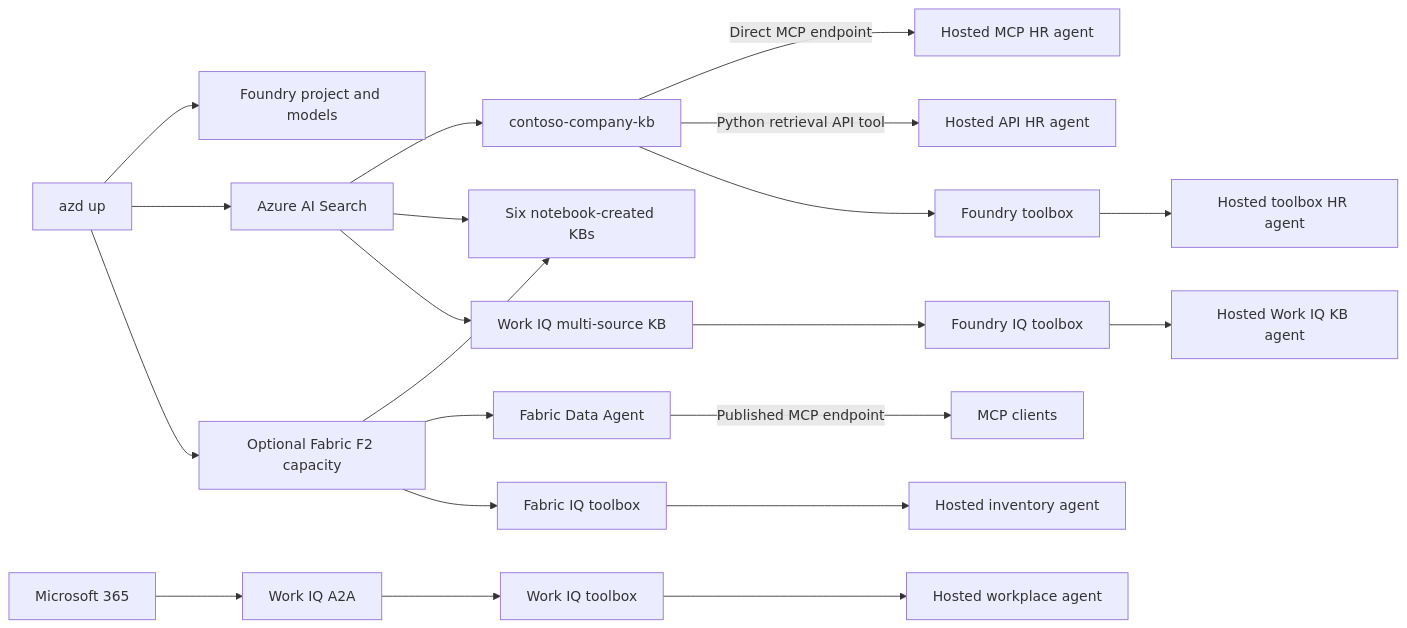
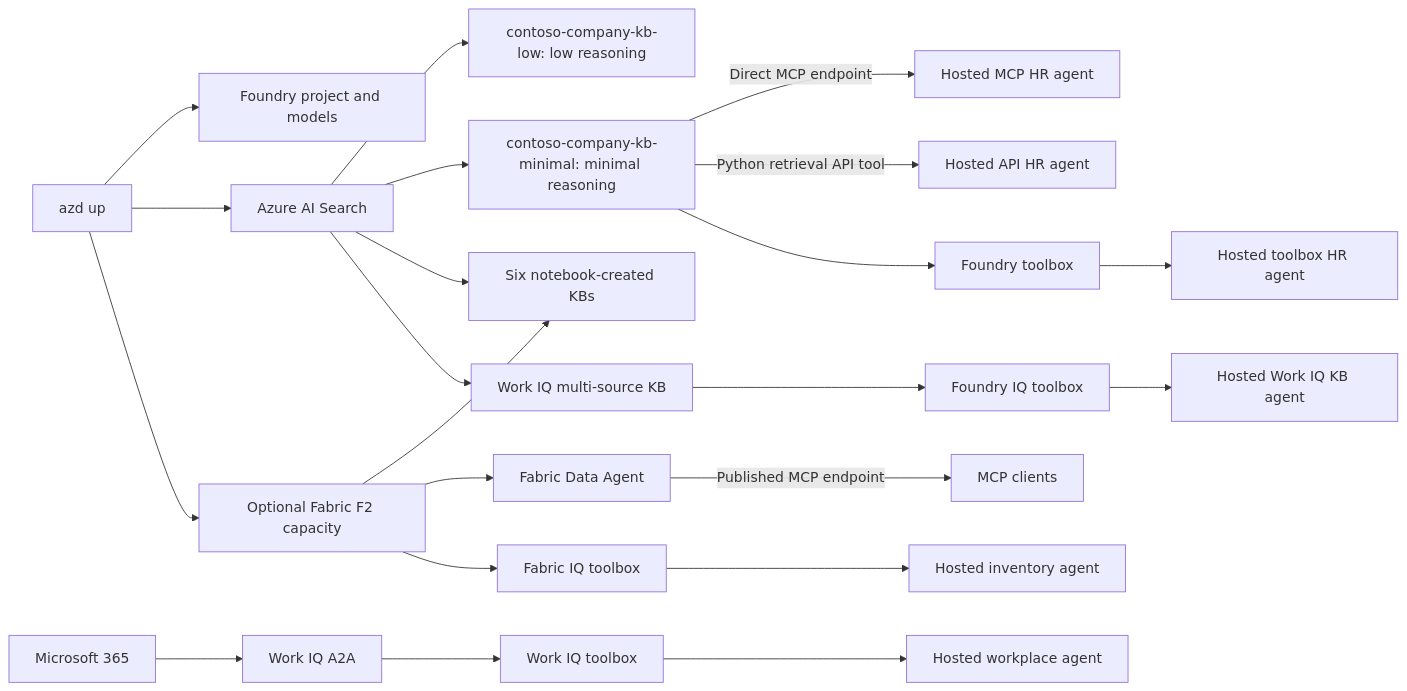
One commit to microsoft/iqdeepdive changed the diagram in README.md. Above: the diagram before and after it, drawn with Mermaid. The commit also changed other lines of this file and 7 other files, not shown here.

Commit message:
Create explicit minimal vs low KBs

````diff
--- a/README.md
+++ b/README.md
@@ -11,23 +11,24 @@
 ```mermaid
 flowchart LR
   azd[azd up] --> foundry[Foundry project and models]
   azd --> search[Azure AI Search]
   azd --> fabric[Optional Fabric F2 capacity]
-  search --> agentkb[contoso-company-kb]
+  search --> lowkb[contoso-company-kb-low: low reasoning]
+  search --> agentkb[contoso-company-kb-minimal: minimal reasoning]
   agentkb -->|Direct MCP endpoint| mcpagent[Hosted MCP HR agent]
   agentkb -->|Python retrieval API tool| apiagent[Hosted API HR agent]
   agentkb --> toolbox[Foundry toolbox]
   toolbox --> toolboxagent[Hosted toolbox HR agent]
   search --> notebooks[Six notebook-created KBs]
   fabric --> notebooks
   fabric --> fabricdataagent[Fabric Data Agent]
   fabricdataagent -->|Published MCP endpoint| clients[MCP clients]
   fabric --> fabrictoolbox[Fabric IQ toolbox]
   fabrictoolbox --> fabricagent[Hosted inventory agent]
   m365[Microsoft 365] --> workiq[Work IQ A2A]
   workiq --> workiqtoolbox[Work IQ toolbox]
   workiqtoolbox --> workiqagent[Hosted workplace agent]
   search --> workiqkb[Work IQ multi-source KB]
   workiqkb --> workiqkbtoolbox[Foundry IQ toolbox]
   workiqkbtoolbox --> workiqkbagent[Hosted Work IQ KB agent]
 ```
````
